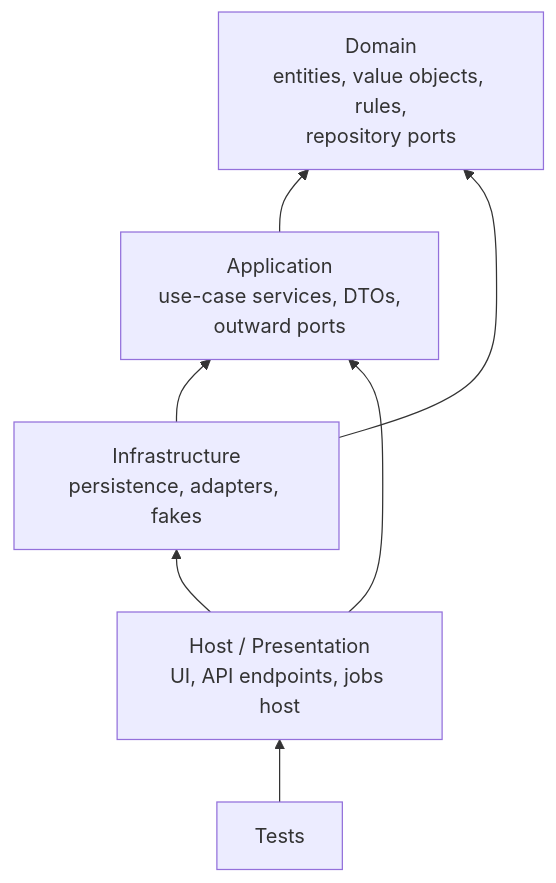
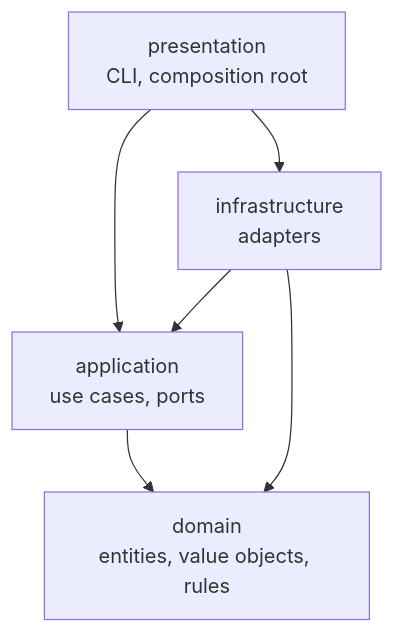
Before and after one commit to blacklight0101/Rosetta: the second of 3 diagrams in docs/architecture.md, drawn with Mermaid. The commit also changed other lines of this file and 32 other files, not shown here.

First line of the commit message:
docs: P0 architecture, data model, web UI, design system (G-02) (#2)

````diff
--- a/docs/architecture.md
+++ b/docs/architecture.md
@@ -75,14 +69,8 @@
 ```mermaid
-flowchart BT
-  DOM[Domain<br/>entities, value objects, rules,<br/>repository ports]
-  APP[Application<br/>use-case services, DTOs,<br/>outward ports]
-  INF[Infrastructure<br/>persistence, adapters, fakes]
-  HOST[Host / Presentation<br/>UI, API endpoints, jobs host]
-  TST[Tests]
-  APP --> DOM
-  INF --> APP
-  INF --> DOM
-  HOST --> INF
-  HOST --> APP
-  TST --> HOST
+flowchart TB
+  P[presentation<br/>CLI, composition root] --> A
+  P --> I
+  I[infrastructure<br/>adapters] --> A
+  I --> D
+  A[application<br/>use cases, ports] --> D[domain<br/>entities, value objects, rules]
 ```
````
